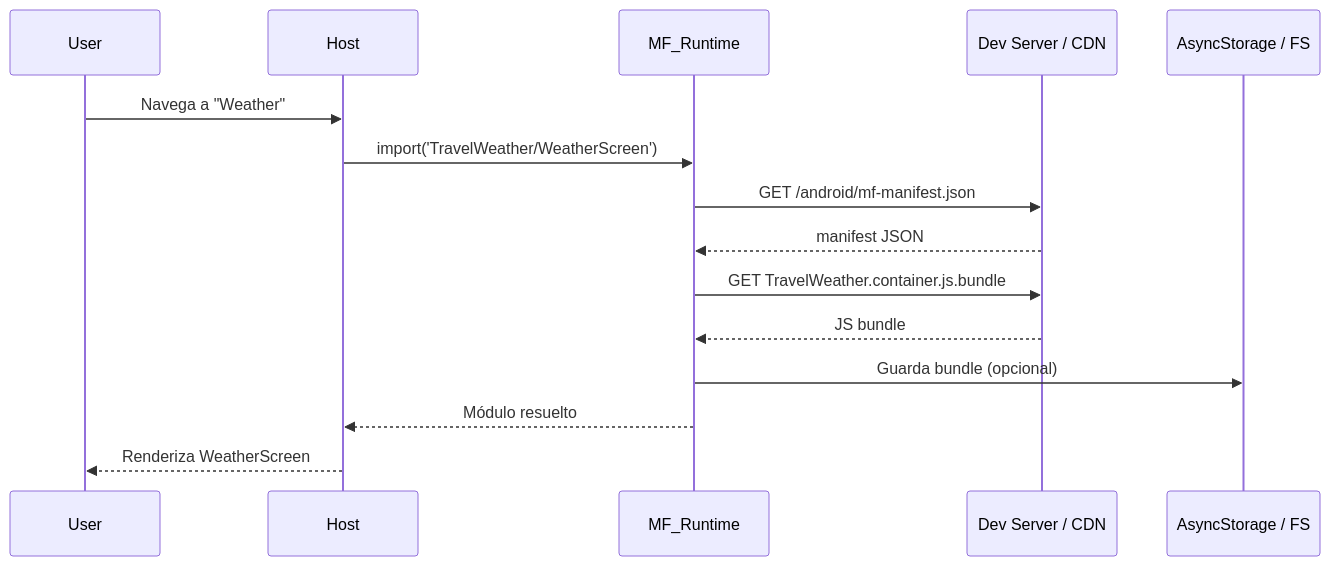
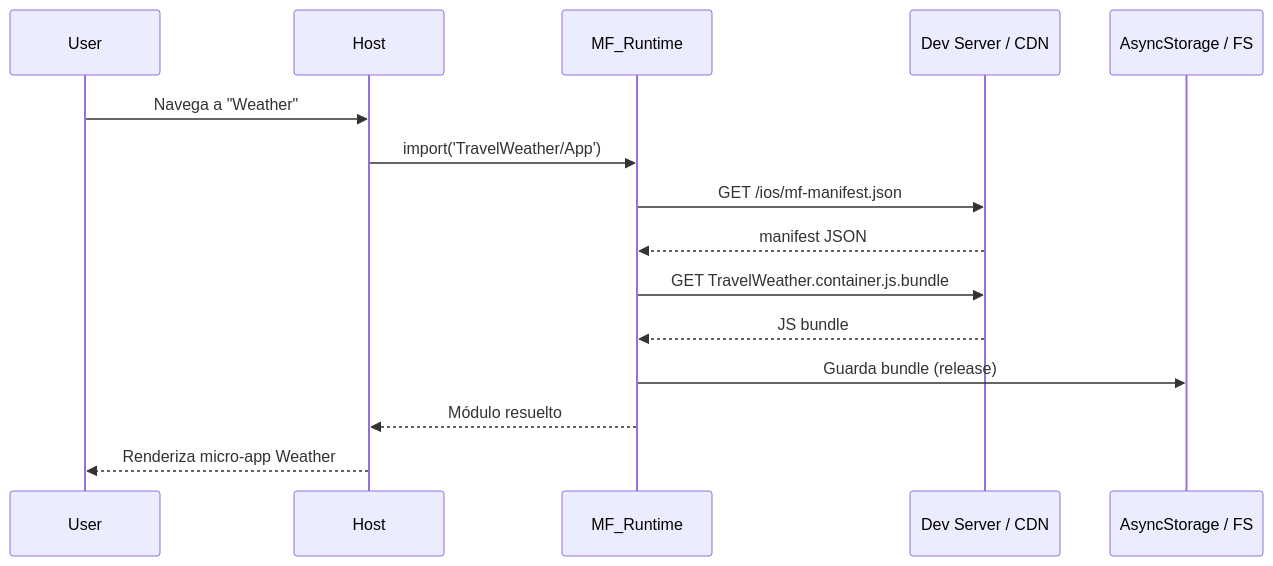
One commit to edwardloopez/travel-app-repack-example changed the second of 2 diagrams in docs/microapps-guide.md. Above: the diagram before and after it, drawn with Mermaid. The commit also changed other lines of this file and 12 other files, not shown here.

````diff
--- a/docs/microapps-guide.md
+++ b/docs/microapps-guide.md
@@ -118,18 +118,18 @@
 ```mermaid
 sequenceDiagram
     participant User
     participant Host
     participant MF_Runtime
     participant CDN as Dev Server / CDN
     participant Cache as AsyncStorage / FS
 
     User->>Host: Navega a "Weather"
-    Host->>MF_Runtime: import('TravelWeather/WeatherScreen')
-    MF_Runtime->>CDN: GET /android/mf-manifest.json
+    Host->>MF_Runtime: import('TravelWeather/App')
+    MF_Runtime->>CDN: GET /ios/mf-manifest.json
     CDN-->>MF_Runtime: manifest JSON
     MF_Runtime->>CDN: GET TravelWeather.container.js.bundle
     CDN-->>MF_Runtime: JS bundle
-    MF_Runtime->>Cache: Guarda bundle (opcional)
+    MF_Runtime->>Cache: Guarda bundle (release)
     MF_Runtime-->>Host: Módulo resuelto
-    Host-->>User: Renderiza WeatherScreen
+    Host-->>User: Renderiza micro-app Weather
 ```
````
